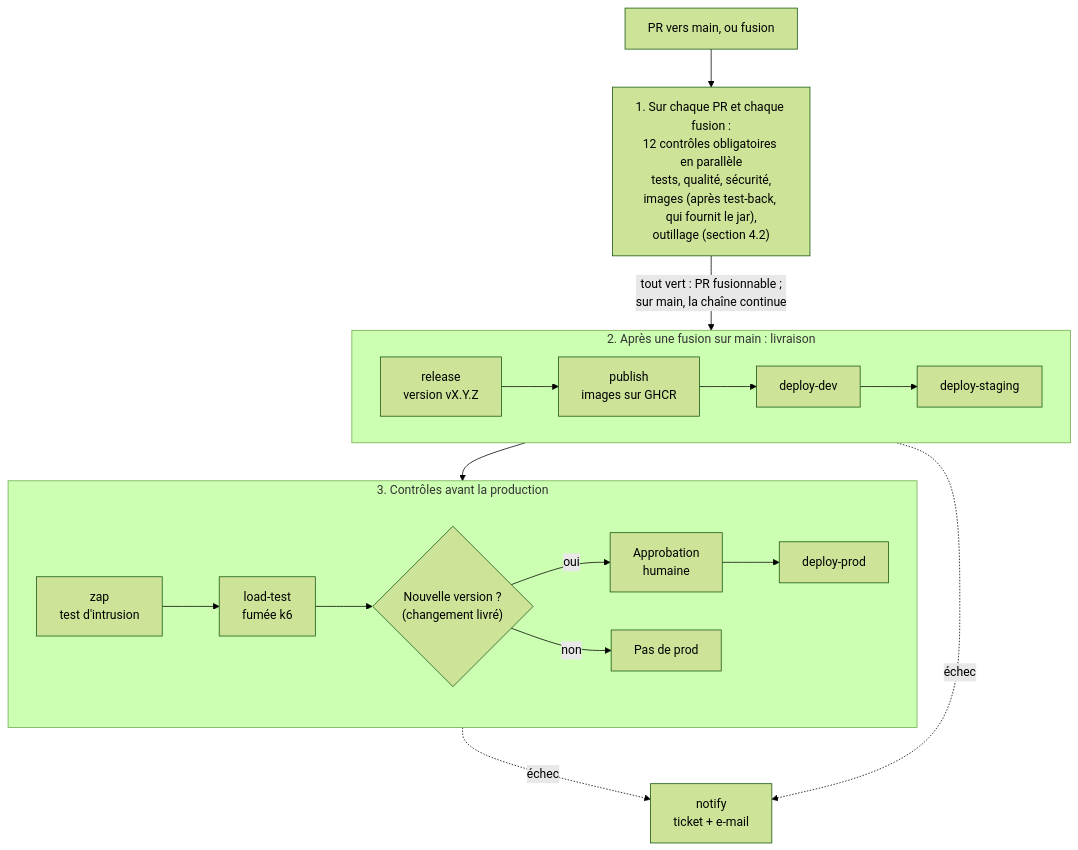
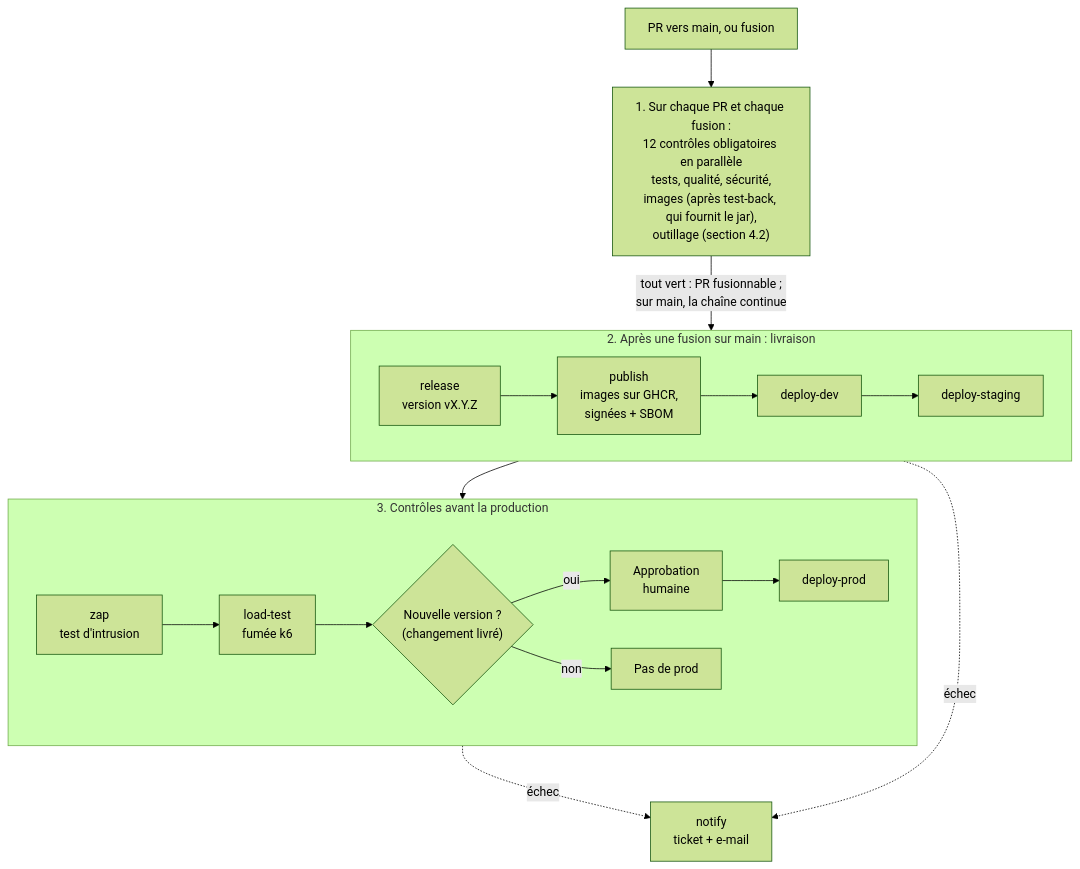
The fourth of 5 diagrams in docs/03-documentation-ci-cd.md (yohanbouchet/orion), drawn with Mermaid (forest theme) before and after one commit. The commit also changed other lines of this file and 5 other files, not shown here.

````diff
--- a/docs/03-documentation-ci-cd.md
+++ b/docs/03-documentation-ci-cd.md
@@ -457,19 +457,19 @@
 ```mermaid
 flowchart TB
     pr["PR vers main, ou fusion"] --> checks
     checks["1. Sur chaque PR et chaque fusion :<br/>12 contrôles obligatoires en parallèle<br/>tests, qualité, sécurité,<br/>images (après test-back, qui fournit le jar),<br/>outillage (section 4.2)"]
     checks -->|"tout vert : PR fusionnable ;<br/>sur main, la chaîne continue"| rel
     subgraph liv["2. Après une fusion sur main : livraison"]
         direction LR
-        rel["release<br/>version vX.Y.Z"] --> pub["publish<br/>images sur GHCR"] --> d1["deploy-dev"] --> d2["deploy-staging"]
+        rel["release<br/>version vX.Y.Z"] --> pub["publish<br/>images sur GHCR,<br/>signées + SBOM"] --> d1["deploy-dev"] --> d2["deploy-staging"]
     end
     d2 --> zap
     subgraph pre["3. Contrôles avant la production"]
         direction LR
         zap["zap<br/>test d'intrusion"] --> k6["load-test<br/>fumée k6"] --> gate{"Nouvelle version ?<br/>(changement livré)"}
         gate -->|"oui"| appr["Approbation<br/>humaine"] --> prod["deploy-prod"]
         gate -->|"non"| fin["Pas de prod"]
     end
     liv -.->|"échec"| notify["notify<br/>ticket + e-mail"]
     pre -.->|"échec"| notify
 ```
````
